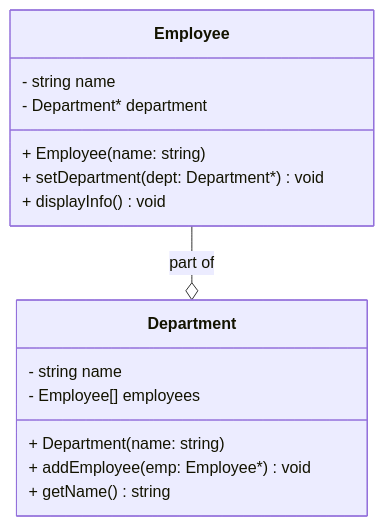
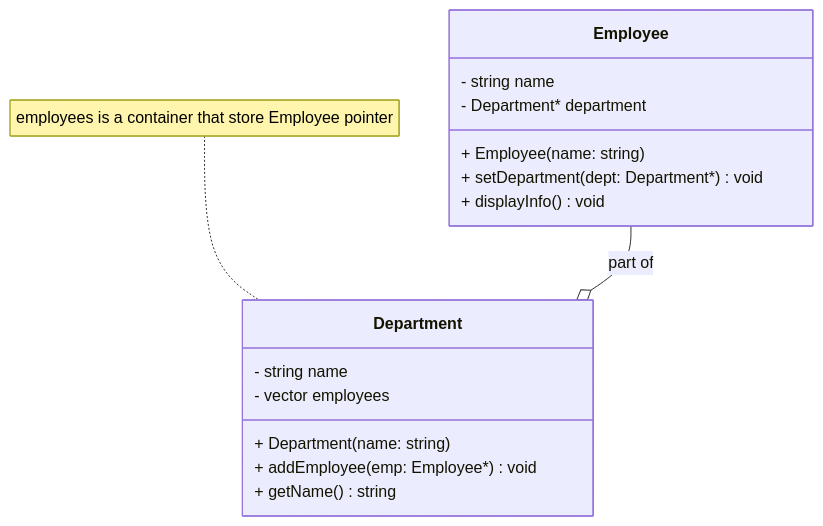
The ninth of 12 diagrams in Notes/README.md (BensonNgu/CPP), drawn with Mermaid before and after one commit. The commit also changed other lines of this file and 6 other files, not shown here.

````diff
--- a/Notes/README.md
+++ b/Notes/README.md
@@ -2117,19 +2124,21 @@
 ```mermaid
 classDiagram
     class Employee {
         - string name
         - Department* department
         + Employee(name: string)
         + setDepartment(dept: Department*) void
         + displayInfo() void
     }
     class Department {
         - string name
-        - Employee[] employees
+        - vector<Employee*> employees
         + Department(name: string)
         + addEmployee(emp: Employee*) void
         + getName() string
     }
 
     Employee --o Department : part of
+
+    note for Department "employees is a container that store Employee pointer"
 ```
````
